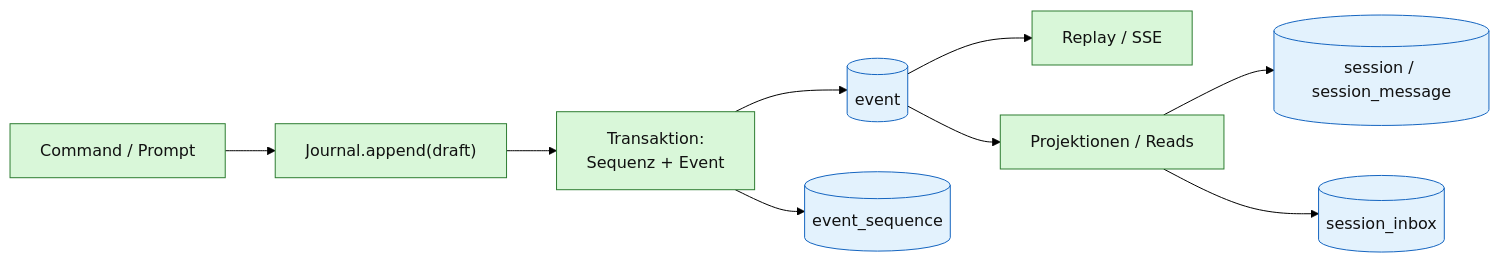
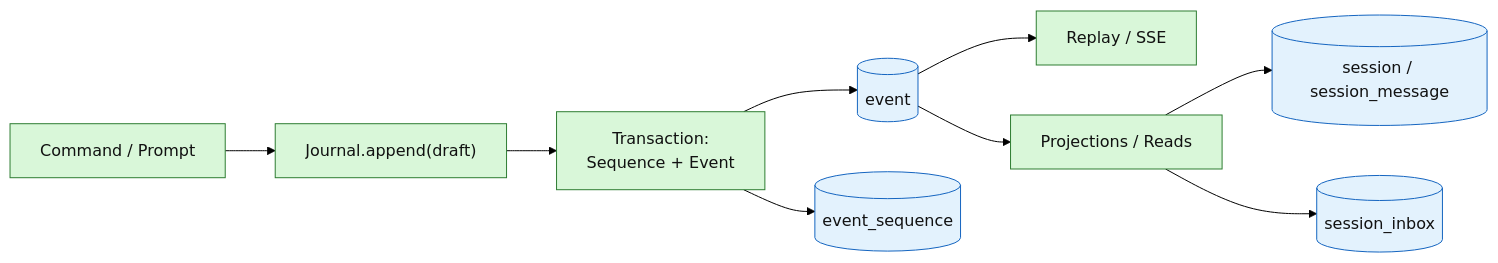
Before and after one commit to augmentia-de/QOC: the second of 2 diagrams in docs/diagrams/09-persistence.md, drawn with Mermaid (forest theme). The commit also changed other lines of this file and 71 other files, not shown here.

````diff
--- a/docs/diagrams/09-persistence.md
+++ b/docs/diagrams/09-persistence.md
@@ -143,14 +143,14 @@
 ```mermaid
 flowchart LR
   Command["Command / Prompt"]:::det --> Append["Journal.append(draft)"]:::det
-  Append --> Tx["Transaktion:<br/>Sequenz + Event"]:::det
+  Append --> Tx["Transaction:<br/>Sequence + Event"]:::det
   Tx --> Event[("event")]:::store
   Tx --> Seq[("event_sequence")]:::store
   Event --> Replay["Replay / SSE"]:::det
-  Event --> Projection["Projektionen / Reads"]:::det
+  Event --> Projection["Projections / Reads"]:::det
   Projection --> Sessions[("session / session_message")]:::store
   Projection --> Inbox[("session_inbox")]:::store
 
   classDef det fill:#d9f7d9,stroke:#2e7d32,stroke-width:1px,color:#111;
   classDef store fill:#e3f2fd,stroke:#1565c0,stroke-width:1px,color:#111;
 ```
````
